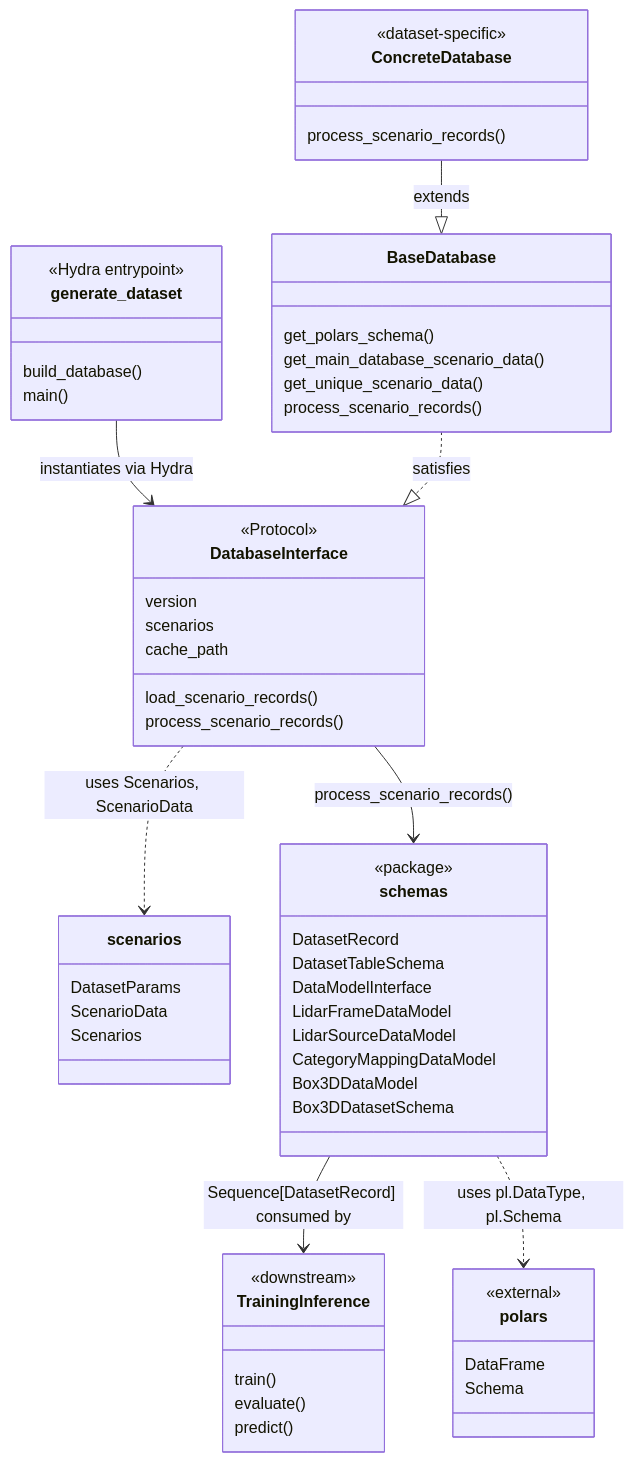
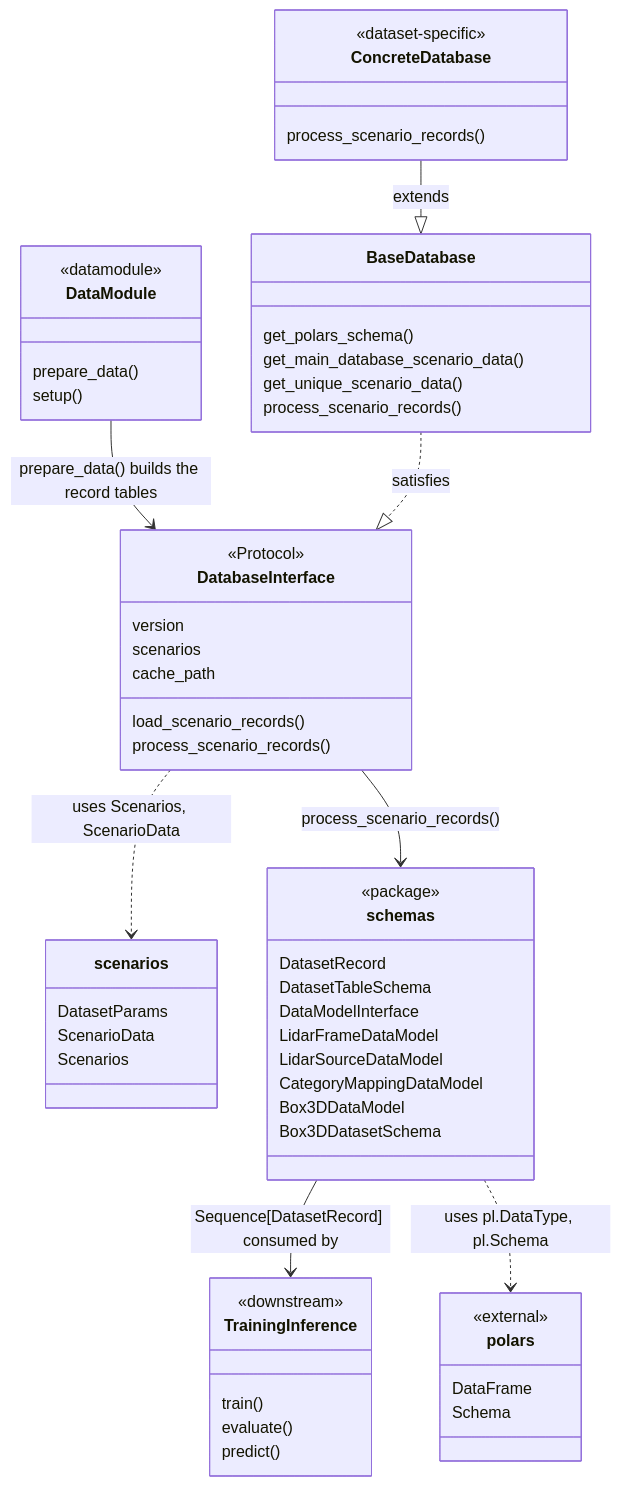
Before and after one commit to tier4/autoware-ml: the diagram in docs/databases/design.md, drawn with Mermaid. The commit also changed other lines of this file and 598 other files, not shown here.

````diff
--- a/docs/databases/design.md
+++ b/docs/databases/design.md
@@ -11,74 +11,74 @@
 ```mermaid
 classDiagram
     direction TB
 
-    class generate_dataset {
-        <<Hydra entrypoint>>
-        build_database()
-        main()
+    class DataModule {
+        <<datamodule>>
+        prepare_data()
+        setup()
     }
 
     class DatabaseInterface {
         <<Protocol>>
         version
         scenarios
         cache_path
         load_scenario_records()
         process_scenario_records()
     }
 
     class BaseDatabase {
         get_polars_schema()
         get_main_database_scenario_data()
         get_unique_scenario_data()
         process_scenario_records()
     }
 
     class scenarios {
         DatasetParams
         ScenarioData
         Scenarios
     }
 
     class schemas {
         <<package>>
         DatasetRecord
         DatasetTableSchema
         DataModelInterface
         LidarFrameDataModel
         LidarSourceDataModel
         CategoryMappingDataModel
         Box3DDataModel
         Box3DDatasetSchema
     }
 
     class polars {
         <<external>>
         DataFrame
         Schema
     }
 
     class ConcreteDatabase {
         <<dataset-specific>>
         process_scenario_records()
     }
 
     class TrainingInference {
         <<downstream>>
         train()
         evaluate()
         predict()
     }
 
-    generate_dataset --> DatabaseInterface : instantiates via Hydra
+    DataModule --> DatabaseInterface : prepare_data() builds the record tables
 
     DatabaseInterface ..> scenarios : uses Scenarios, ScenarioData
     DatabaseInterface --> schemas : process_scenario_records()
 
     BaseDatabase ..|> DatabaseInterface : satisfies
     ConcreteDatabase --|> BaseDatabase : extends
 
     schemas --> TrainingInference : Sequence[DatasetRecord] consumed by
 
     schemas ..> polars : uses pl.DataType, pl.Schema
 ```
````
